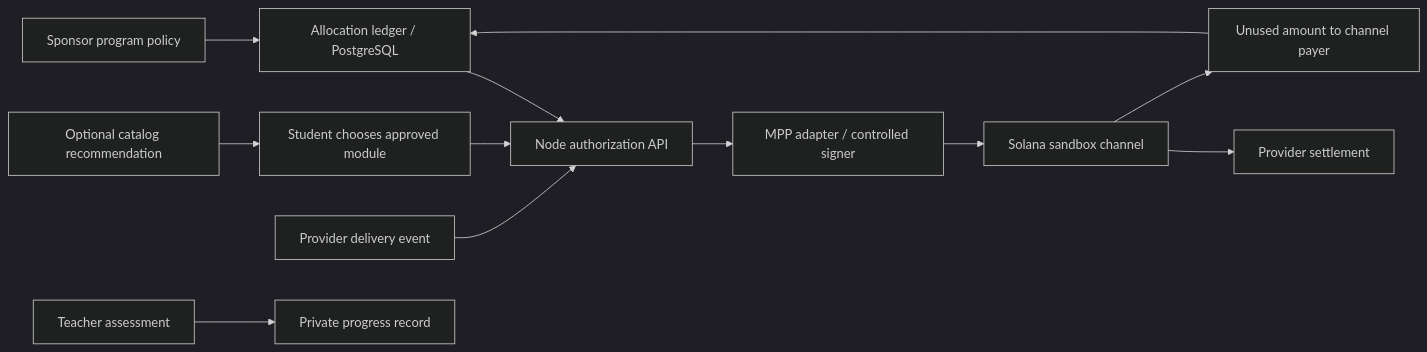
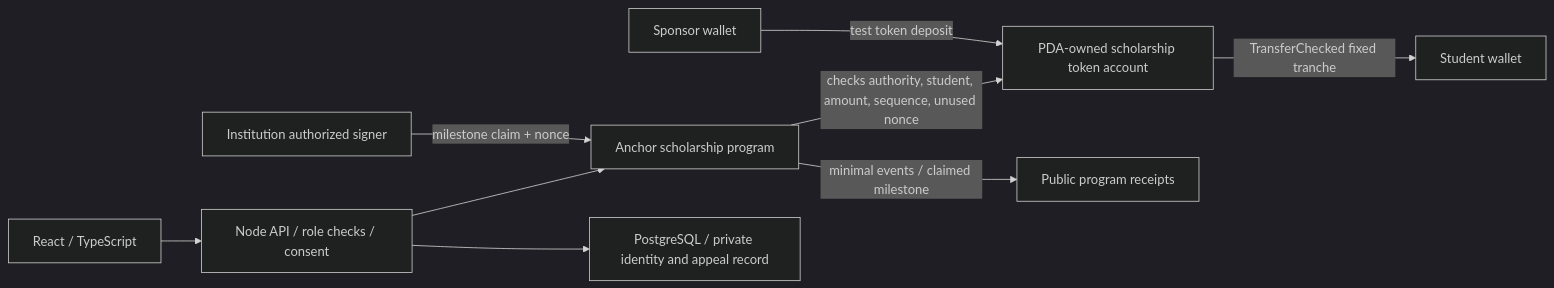
The diagram in docs/architecture.md (nachopalmeri/beca-modular), drawn with Mermaid (dark theme) before and after one commit. The commit also changed other lines of this file and 22 other files, not shown here.

````diff
--- a/docs/architecture.md
+++ b/docs/architecture.md
@@ -11,14 +9,11 @@
 ```mermaid
 flowchart LR
-  S[Sponsor program policy] --> A[Allocation ledger / PostgreSQL]
-  U[Student chooses approved module] --> API[Node authorization API]
-  A --> API
-  API --> P[MPP adapter / controlled signer]
-  P --> C[Solana sandbox channel]
-  V[Provider delivery event] --> API
-  C --> R[Provider settlement]
-  C --> F[Unused amount to channel payer]
-  F --> A
-  AI[Optional catalog recommendation] --> U
-  T[Teacher assessment] --> D[Private progress record]
+  Sponsor[Sponsor wallet] -->|test token deposit| Vault[PDA-owned scholarship token account]
+  School[Institution authorized signer] -->|milestone claim + nonce| Program[Anchor scholarship program]
+  Program -->|checks authority, student, amount, sequence, unused nonce| Vault
+  Vault -->|TransferChecked fixed tranche| Student[Student wallet]
+  Program -->|minimal events / claimed milestone| Ledger[Public program receipts]
+  App[React / TypeScript] --> API[Node API / role checks / consent]
+  API --> Program
+  API --> DB[PostgreSQL / private identity and appeal record]
 ```
````
